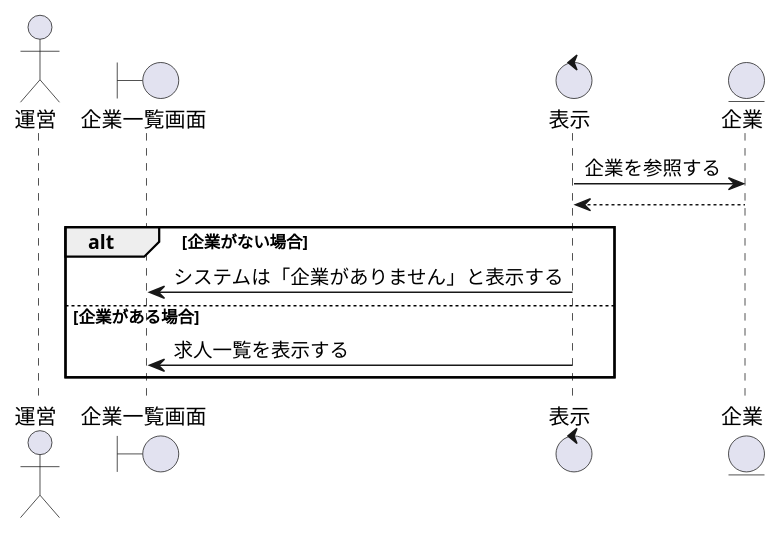
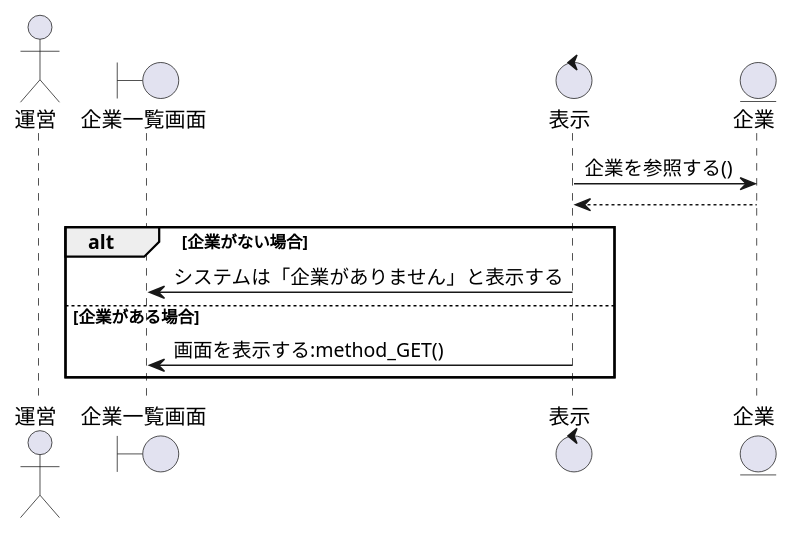
One commit to irukacb256/high_Me changed the diagram in sequence_fig/9_management_fn/2_企業の一覧を閲覧する.pu. Above: the diagram before and after it, drawn with PlantUML. The commit also changed 13 other files, not shown here.

```diff
--- a/sequence_fig/9_management_fn/2_企業の一覧を閲覧する.pu
+++ b/sequence_fig/9_management_fn/2_企業の一覧を閲覧する.pu
@@ -1,22 +1,22 @@
 @startuml 企業の一覧を閲覧する
 
 ' 1
 actor 運営 as wo1
 boundary 企業一覧画面 as lc1
 control 表示 as co1
 
 entity 企業 as en1
 
 ' 2
-co1 -> en1 : 企業を参照する
-en1 --> co1 
+co1 -> en1 : 企業を参照する()
+en1 --> co1
 
 alt 企業がない場合
     co1 -> lc1 : システムは「企業がありません」と表示する
 
 else 企業がある場合
-    co1 -> lc1 : 求人一覧を表示する
+    co1 -> lc1 : 画面を表示する:method_GET()
 
 end
 
 @enduml
```
